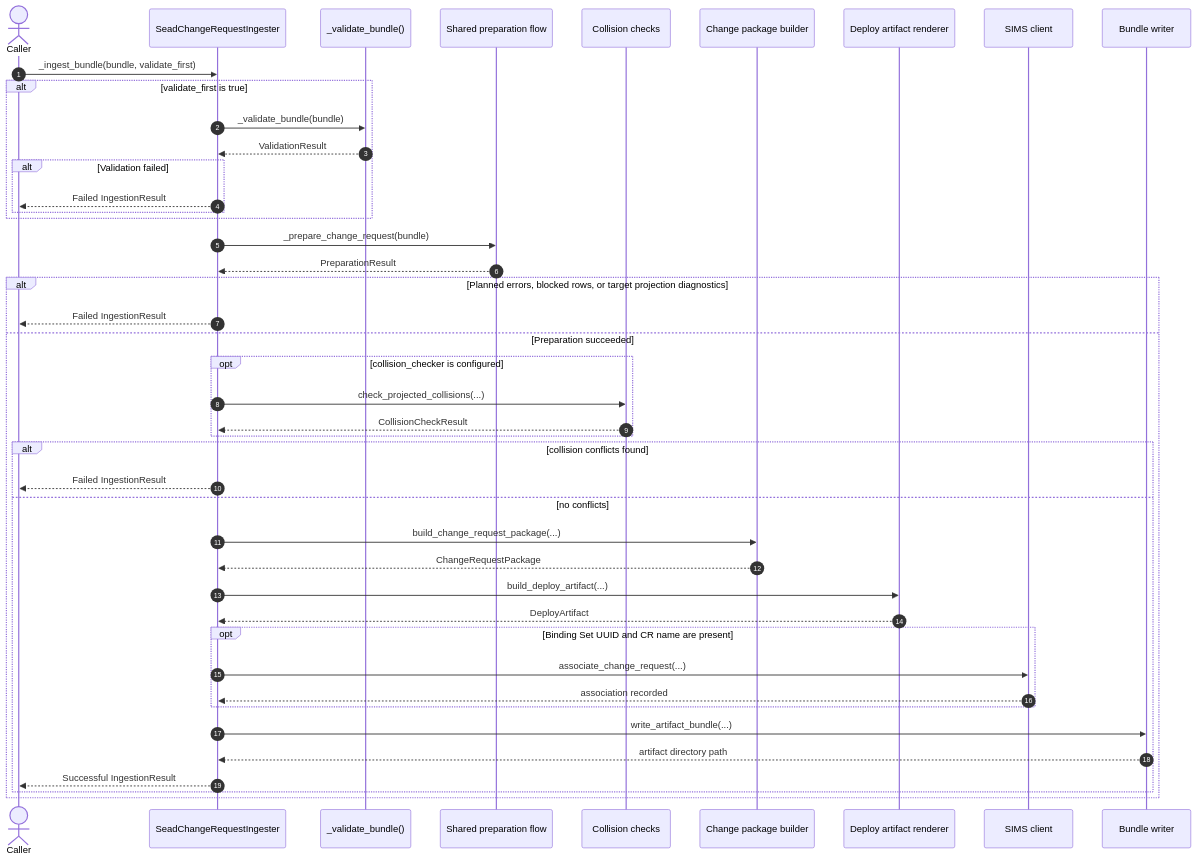
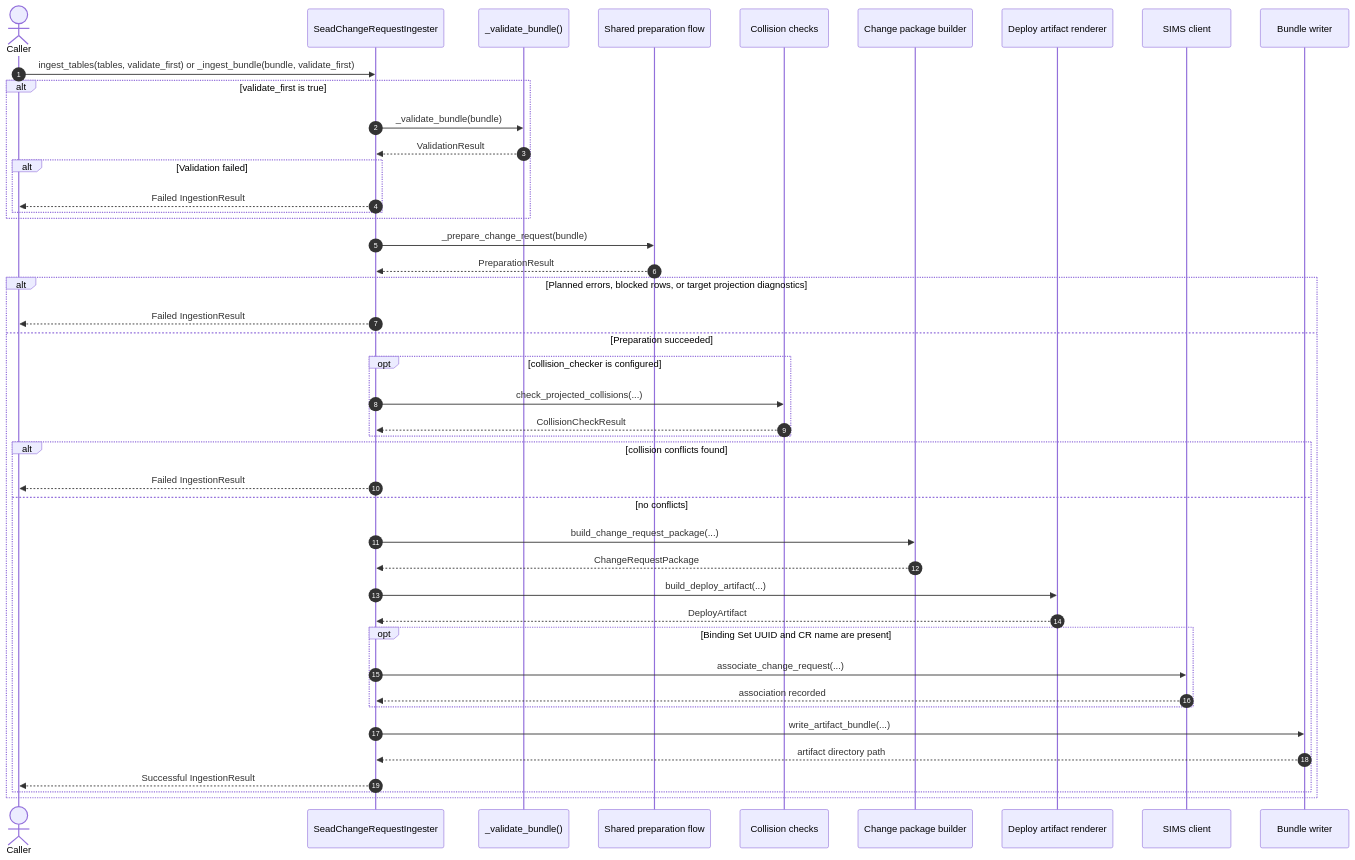
One commit to humlab-sead/sead_shape_shifter changed the fifth of 5 diagrams in ingesters/sead_change_request/DIAGRAMS.md. Above: the diagram before and after it, drawn with Mermaid. The commit also changed other lines of this file and 17 other files, not shown here.

First line of the commit message:
feat(ingesters): accept normalized tables in the change request ingester

````diff
--- a/ingesters/sead_change_request/DIAGRAMS.md
+++ b/ingesters/sead_change_request/DIAGRAMS.md
@@ -103,53 +129,53 @@
 ```mermaid
 sequenceDiagram
     autonumber
     actor Caller
     participant Ingester as SeadChangeRequestIngester
     participant Validate as _validate_bundle()
     participant Prep as Shared preparation flow
     participant Collisions as Collision checks
     participant Package as Change package builder
     participant Render as Deploy artifact renderer
     participant SIMS as SIMS client
     participant Files as Bundle writer
 
-    Caller->>Ingester: _ingest_bundle(bundle, validate_first)
+    Caller->>Ingester: ingest_tables(tables, validate_first) or _ingest_bundle(bundle, validate_first)
 
     alt validate_first is true
         Ingester->>Validate: _validate_bundle(bundle)
         Validate-->>Ingester: ValidationResult
         alt Validation failed
             Ingester-->>Caller: Failed IngestionResult
         end
     end
 
     Ingester->>Prep: _prepare_change_request(bundle)
     Prep-->>Ingester: PreparationResult
 
     alt Planned errors, blocked rows, or target projection diagnostics
         Ingester-->>Caller: Failed IngestionResult
     else Preparation succeeded
         opt collision_checker is configured
             Ingester->>Collisions: check_projected_collisions(...)
             Collisions-->>Ingester: CollisionCheckResult
         end
 
         alt collision conflicts found
             Ingester-->>Caller: Failed IngestionResult
         else no conflicts
             Ingester->>Package: build_change_request_package(...)
             Package-->>Ingester: ChangeRequestPackage
             Ingester->>Render: build_deploy_artifact(...)
             Render-->>Ingester: DeployArtifact
 
             opt Binding Set UUID and CR name are present
                 Ingester->>SIMS: associate_change_request(...)
                 SIMS-->>Ingester: association recorded
             end
 
             Ingester->>Files: write_artifact_bundle(...)
             Files-->>Ingester: artifact directory path
             Ingester-->>Caller: Successful IngestionResult
         end
     end
 ```
````
